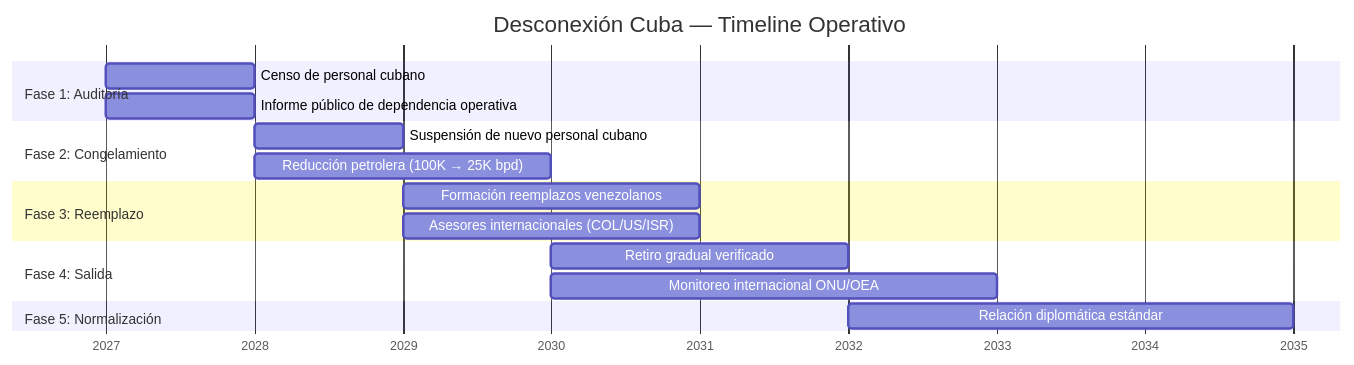
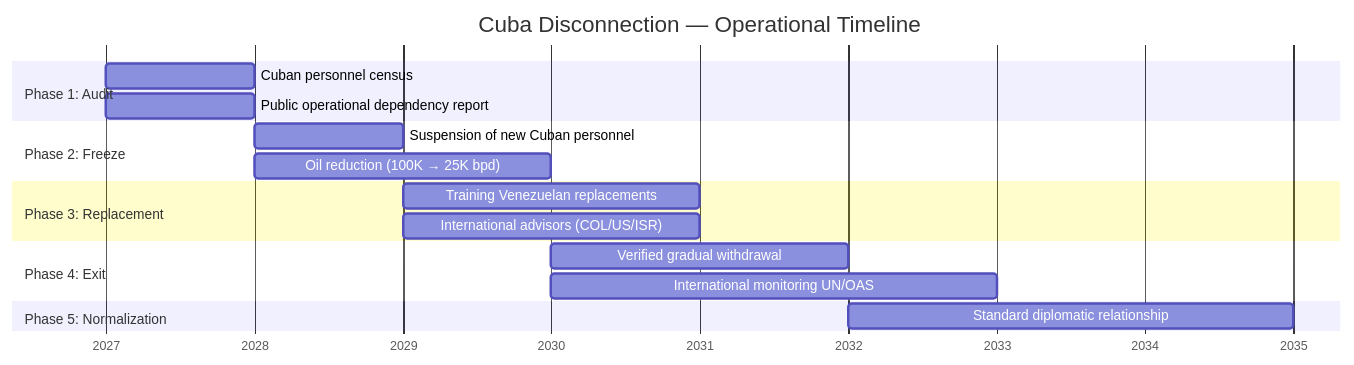
One commit to Venezuela-S-A/venezuela-sa changed the diagram in i18n/en/docusaurus-plugin-content-docs/current/04-gobernanza/cuba-desconexion.md. Above: the diagram before and after it, drawn with Mermaid. The commit also changed 127 other files, not shown here.

````diff
--- a/i18n/en/docusaurus-plugin-content-docs/current/04-gobernanza/cuba-desconexion.md
+++ b/i18n/en/docusaurus-plugin-content-docs/current/04-gobernanza/cuba-desconexion.md
@@ -67,25 +67,25 @@
 ```mermaid
 gantt
-    title Desconexión Cuba — Timeline Operativo
+    title Cuba Disconnection — Operational Timeline
     dateFormat YYYY
     axisFormat %Y
 
-    section Fase 1: Auditoría
-    Censo de personal cubano                          :a1, 2027, 2028
-    Informe público de dependencia operativa          :a2, 2027, 2028
+    section Phase 1: Audit
+    Cuban personnel census                            :a1, 2027, 2028
+    Public operational dependency report               :a2, 2027, 2028
 
-    section Fase 2: Congelamiento
-    Suspensión de nuevo personal cubano               :b1, 2028, 2029
-    Reducción petrolera (100K → 25K bpd)              :b2, 2028, 2030
+    section Phase 2: Freeze
+    Suspension of new Cuban personnel                 :b1, 2028, 2029
+    Oil reduction (100K → 25K bpd)                     :b2, 2028, 2030
 
-    section Fase 3: Reemplazo
-    Formación reemplazos venezolanos                  :c1, 2029, 2031
-    Asesores internacionales (COL/US/ISR)             :c2, 2029, 2031
+    section Phase 3: Replacement
+    Training Venezuelan replacements                   :c1, 2029, 2031
+    International advisors (COL/US/ISR)               :c2, 2029, 2031
 
-    section Fase 4: Salida
-    Retiro gradual verificado                         :d1, 2030, 2032
-    Monitoreo internacional ONU/OEA                   :d2, 2030, 2033
+    section Phase 4: Exit
+    Verified gradual withdrawal                        :d1, 2030, 2032
+    International monitoring UN/OAS                    :d2, 2030, 2033
 
-    section Fase 5: Normalización
-    Relación diplomática estándar                     :e1, 2032, 2035
+    section Phase 5: Normalization
+    Standard diplomatic relationship                   :e1, 2032, 2035
 ```
````
